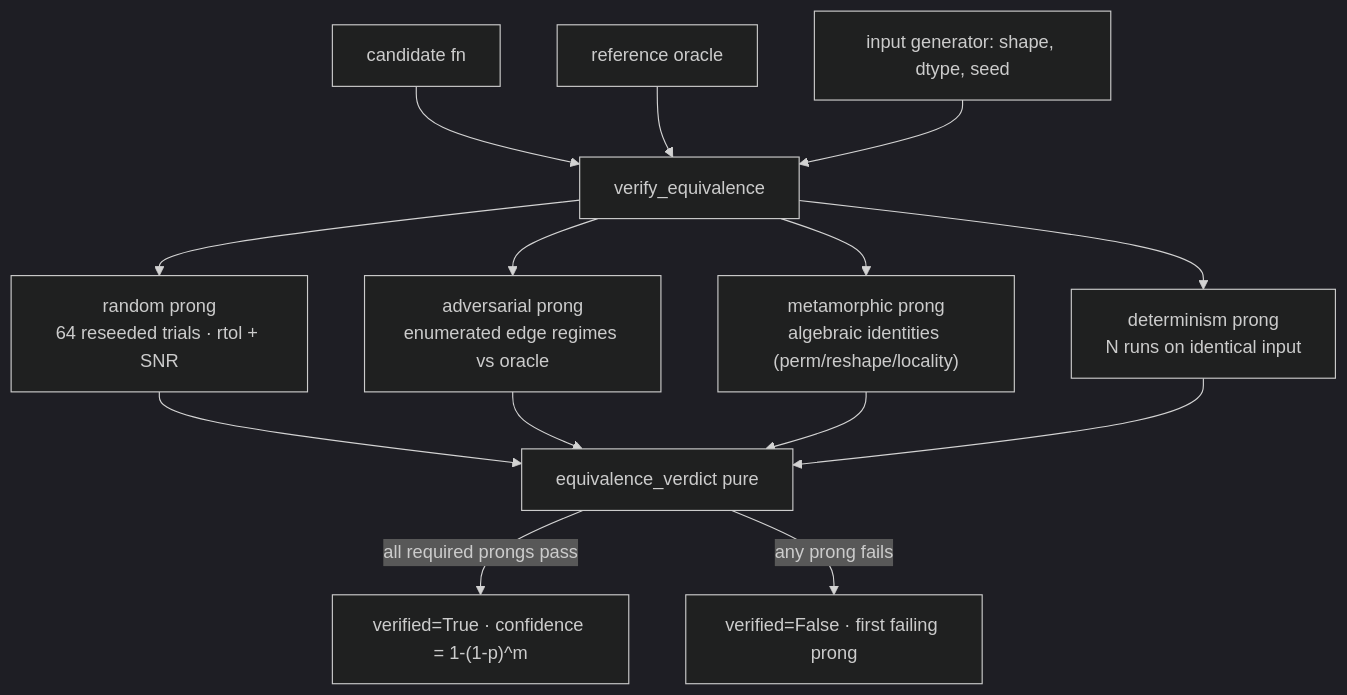
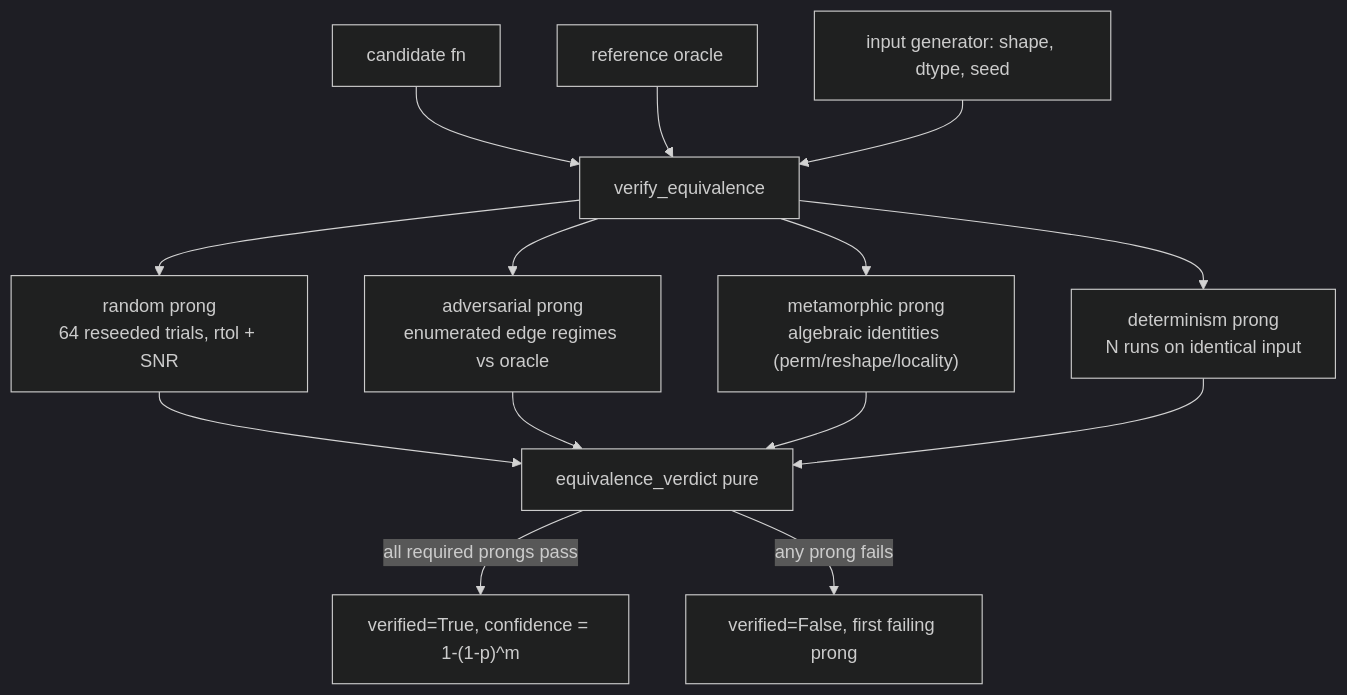
One commit to amd-shasriva/KORE changed the diagram in kore/verify/README.md. Above: the diagram before and after it, drawn with Mermaid (dark theme). The commit also changed other lines of this file and 13 other files, not shown here.

````diff
--- a/kore/verify/README.md
+++ b/kore/verify/README.md
@@ -27,13 +52,13 @@
 ```mermaid
 flowchart TD
   A[candidate fn] --> B[verify_equivalence]
   R[reference oracle] --> B
   IG[input generator: shape, dtype, seed] --> B
-  B --> P1["random prong<br/>64 reseeded trials · rtol + SNR"]
+  B --> P1["random prong<br/>64 reseeded trials, rtol + SNR"]
   B --> P2["adversarial prong<br/>enumerated edge regimes vs oracle"]
   B --> P3["metamorphic prong<br/>algebraic identities (perm/reshape/locality)"]
   B --> P4["determinism prong<br/>N runs on identical input"]
   P1 & P2 & P3 & P4 --> V[equivalence_verdict pure]
-  V -->|all required prongs pass| OK["verified=True · confidence = 1-(1-p)^m"]
-  V -->|any prong fails| REJ["verified=False · first failing prong"]
+  V -->|all required prongs pass| OK["verified=True, confidence = 1-(1-p)^m"]
+  V -->|any prong fails| REJ["verified=False, first failing prong"]
 ```
````
